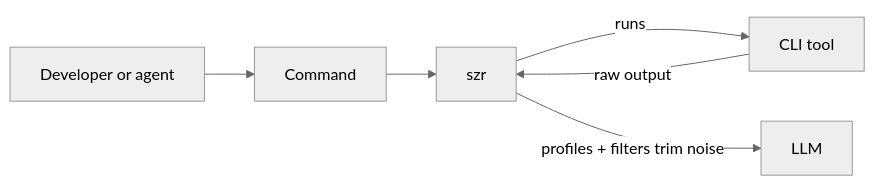
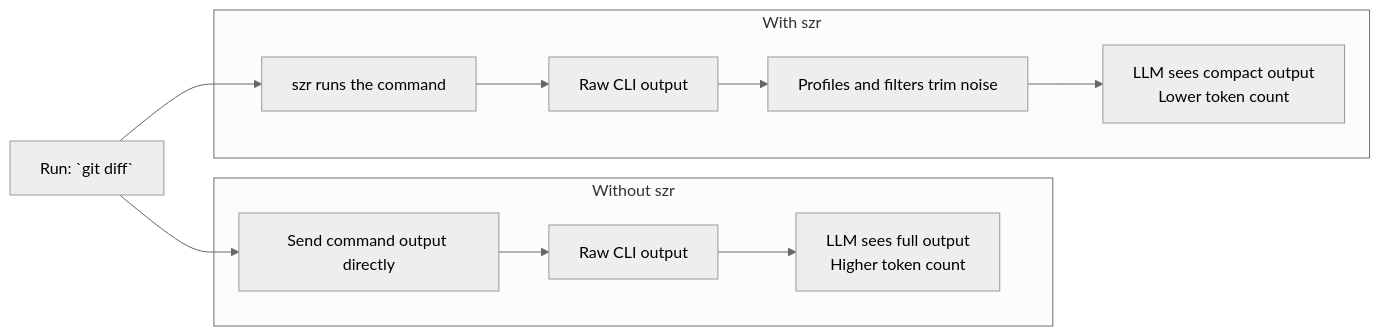
Before and after one commit to devr-tools/szr: the diagram in README.md, drawn with Mermaid (neutral theme). The commit also changed 7 other files, not shown here.

````diff
--- a/README.md
+++ b/README.md
@@ -11,8 +11,22 @@
 ```mermaid
 flowchart LR
-  U[Developer or agent] --> C[Command]
-  C --> S[szr]
-  S -->|runs| T[CLI tool]
-  T -->|raw output| S
-  S -->|profiles + filters trim noise| L[LLM]
+  C["Run: `git diff`"]
+
+  subgraph W["Without szr"]
+    D[Send command output directly]
+    O1[Raw CLI output]
+    L1["LLM sees full output<br/>Higher token count"]
+    D --> O1 --> L1
+  end
+
+  subgraph S["With szr"]
+    Z[szr runs the command]
+    O2[Raw CLI output]
+    F[Profiles and filters trim noise]
+    L2["LLM sees compact output<br/>Lower token count"]
+    Z --> O2 --> F --> L2
+  end
+
+  C --> D
+  C --> Z
 ```
````
